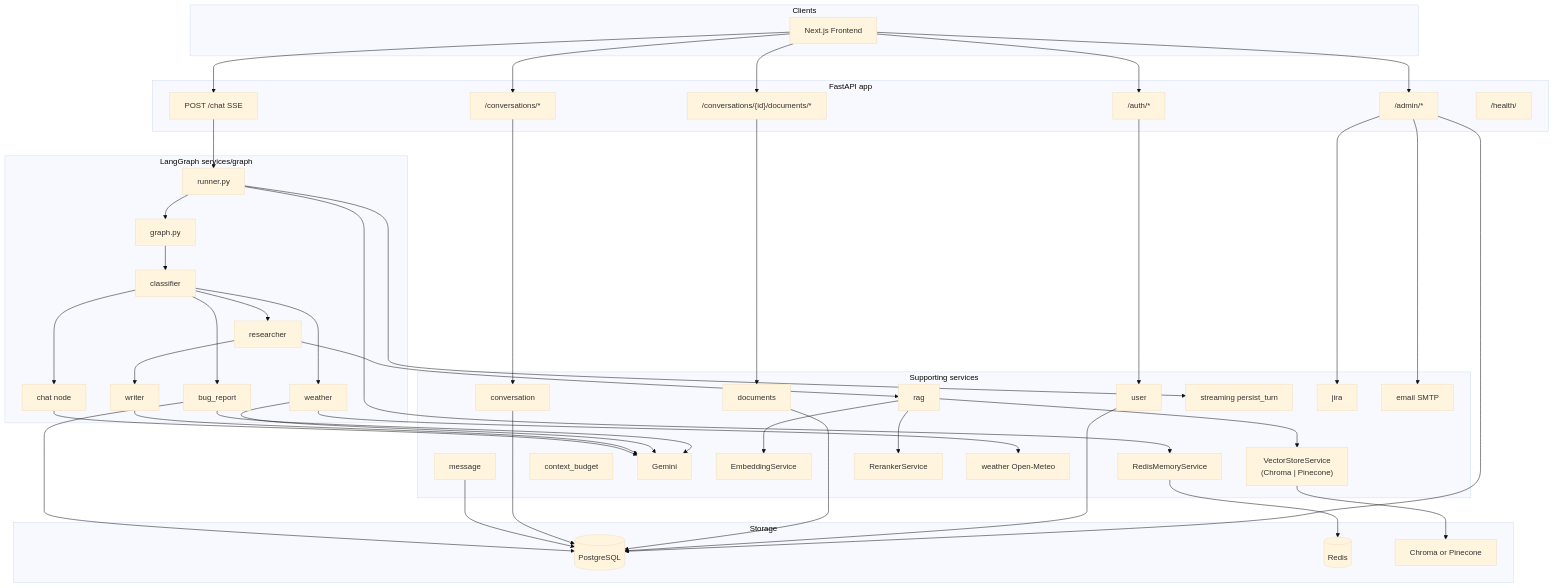
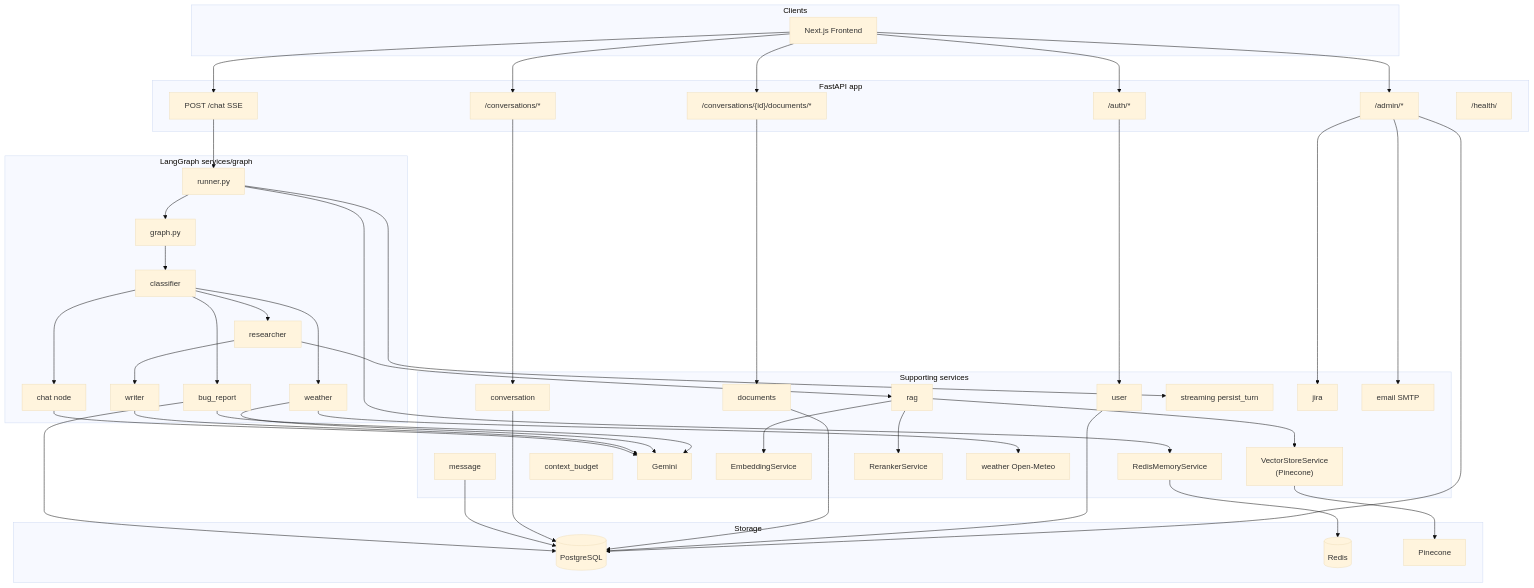
Before and after one commit to razin-ccc/chatbot: the first of 8 diagrams in backend/README.md, drawn with Mermaid (base theme). The commit also changed other lines of this file and 2 other files, not shown here.

```diff
--- a/backend/README.md
+++ b/backend/README.md
@@ -220,7 +214,7 @@
     EmailSvc[email SMTP]
     Gemini[Gemini]
     Embed[EmbeddingService]
-    Vector["VectorStoreService\n(Chroma | Pinecone)"]
+    Vector["VectorStoreService\n(Pinecone)"]
     Rerank[RerankerService]
     WeatherSvc[weather Open-Meteo]
   end
@@ -228,7 +222,7 @@
   subgraph storage [Storage]
     PG[(PostgreSQL)]
     Redis[(Redis)]
-    VectorDB["Chroma or Pinecone"]
+    VectorDB["Pinecone"]
   end
 
   FE --> AuthR
```
